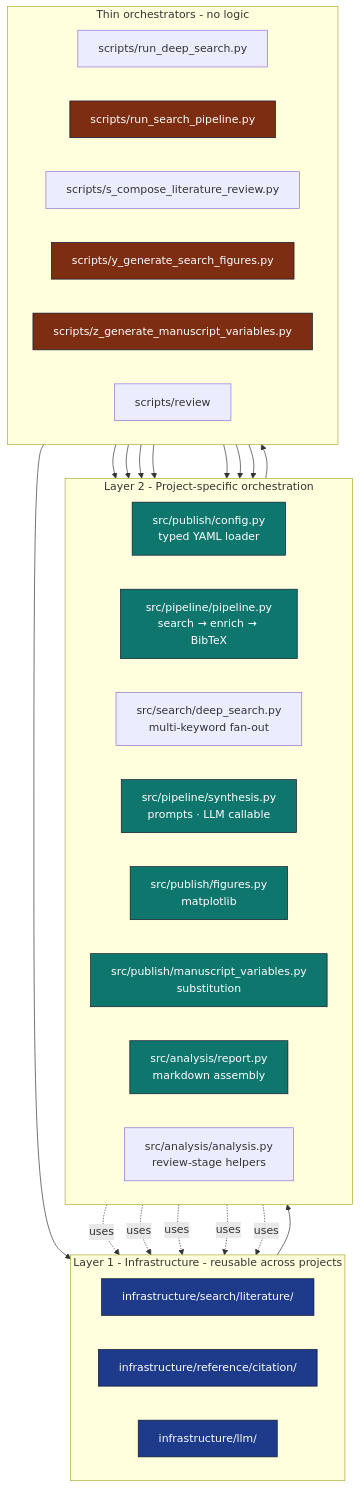
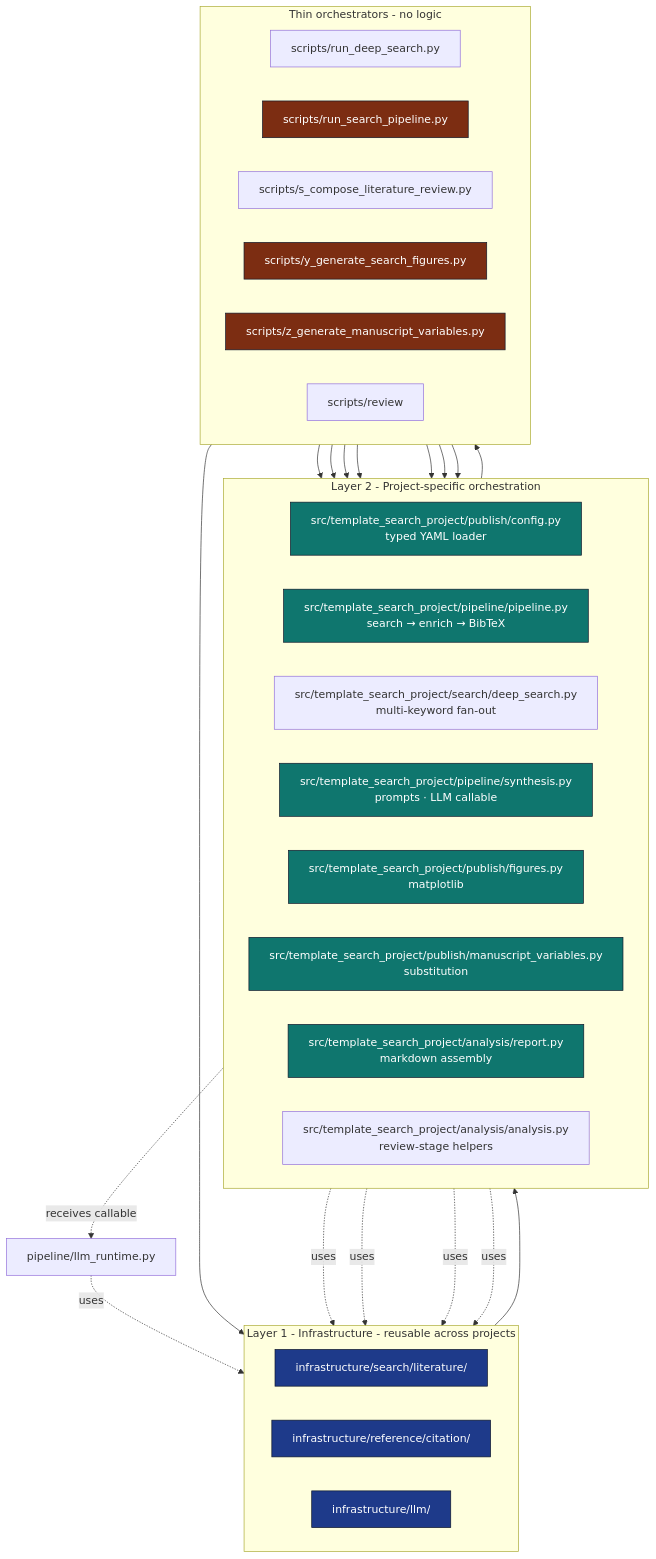
The diagram in projects/templates/template_search_project/docs/architecture.md (docxology/template), drawn with Mermaid before and after one commit. The commit also changed other lines of this file and 1600 other files, not shown here.

````diff
--- a/projects/templates/template_search_project/docs/architecture.md
+++ b/projects/templates/template_search_project/docs/architecture.md
@@ -5,55 +5,56 @@
 ```mermaid
 flowchart TB
     subgraph L1 [Layer 1 - Infrastructure - reusable across projects]
         direction LR
         SEARCH[infrastructure/search/literature/]
         REF[infrastructure/reference/citation/]
         LLM[infrastructure/llm/]
     end
 
     subgraph L2 [Layer 2 - Project-specific orchestration]
         direction LR
-        CFG[src/publish/config.py<br/>typed YAML loader]
-        PIPE[src/pipeline/pipeline.py<br/>search → enrich → BibTeX]
-        DEEP[src/search/deep_search.py<br/>multi-keyword fan-out]
-        SYN[src/pipeline/synthesis.py<br/>prompts · LLM callable]
-        FIG[src/publish/figures.py<br/>matplotlib]
-        MV[src/publish/manuscript_variables.py<br/>substitution]
-        REP[src/analysis/report.py<br/>markdown assembly]
-        AN[src/analysis/analysis.py<br/>review-stage helpers]
+        CFG[src/template_search_project/publish/config.py<br/>typed YAML loader]
+        PIPE[src/template_search_project/pipeline/pipeline.py<br/>search → enrich → BibTeX]
+        DEEP[src/template_search_project/search/deep_search.py<br/>multi-keyword fan-out]
+        SYN[src/template_search_project/pipeline/synthesis.py<br/>prompts · LLM callable]
+        FIG[src/template_search_project/publish/figures.py<br/>matplotlib]
+        MV[src/template_search_project/publish/manuscript_variables.py<br/>substitution]
+        REP[src/template_search_project/analysis/report.py<br/>markdown assembly]
+        AN[src/template_search_project/analysis/analysis.py<br/>review-stage helpers]
     end
 
     subgraph SCR [Thin orchestrators - no logic]
         direction LR
         S0[scripts/run_deep_search.py]
         S1[scripts/run_search_pipeline.py]
         SC[scripts/s_compose_literature_review.py]
         S2[scripts/y_generate_search_figures.py]
         S3[scripts/z_generate_manuscript_variables.py]
         SR[scripts/review]
     end
 
     L1 --> L2
     L2 --> SCR
 
     PIPE -.uses.-> SEARCH
     PIPE -.uses.-> REF
     DEEP -.uses.-> SEARCH
     DEEP -.uses.-> REF
-    SYN  -.uses.-> LLM
+    ADAPTER[pipeline/llm_runtime.py] -.uses.-> LLM
+    SYN -.receives callable.-> ADAPTER
     S0   --> DEEP
     S1   --> PIPE
     S1   --> SYN
     S1   --> REP
     SC   --> REF
     S2   --> FIG
     S3   --> MV
     SR   --> AN
 
     classDef layer1 fill:#1e3a8a,stroke:#0f172a,color:#fff
     classDef layer2 fill:#0f766e,stroke:#0f172a,color:#fff
     classDef scripts fill:#7c2d12,stroke:#0f172a,color:#fff
     class SEARCH,REF,LLM layer1
     class CFG,PIPE,SYN,FIG,MV,REP layer2
     class S1,S2,S3 scripts
 ```
````
